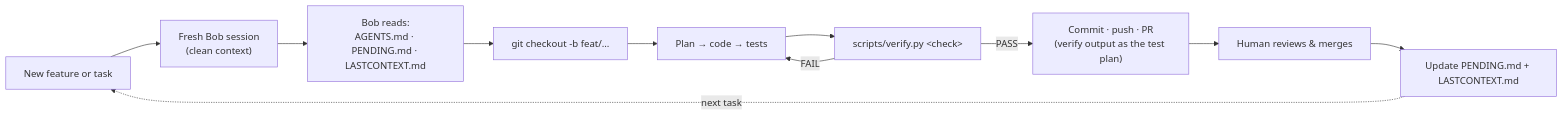
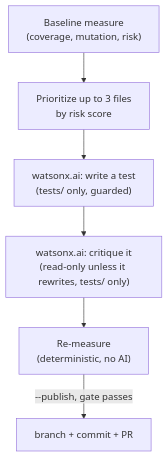
The second of 2 diagrams in README.md (agustindiazcano/ibm-bob-mcp-agent-guard), drawn with Mermaid before and after one commit. The commit also changed other lines of this file and 17 other files, not shown here.

````diff
--- a/README.md
+++ b/README.md
@@ -273,13 +94,9 @@
 ```mermaid
-flowchart LR
-    A["New feature or task"] --> B["Fresh Bob session<br/>(clean context)"]
-    B --> C["Bob reads:<br/>AGENTS.md · PENDING.md · LASTCONTEXT.md"]
-    C --> D["git checkout -b feat/…"]
-    D --> E["Plan → code → tests"]
-    E --> F["scripts/verify.py &lt;check&gt;"]
-    F -->|FAIL| E
-    F -->|PASS| G["Commit · push · PR<br/>(verify output as the test plan)"]
-    G --> H["Human reviews & merges"]
-    H --> I["Update PENDING.md + LASTCONTEXT.md"]
-    I -.->|next task| A
+flowchart TB
+    B["Baseline measure<br/>(coverage, mutation, risk)"]
+    B --> P["Prioritize up to 3 files<br/>by risk score"]
+    P --> W["watsonx.ai: write a test<br/>(tests/ only, guarded)"]
+    W --> C["watsonx.ai: critique it<br/>(read-only unless it rewrites, tests/ only)"]
+    C --> G["Re-measure<br/>(deterministic, no AI)"]
+    G -->|"--publish, gate passes"| PR["branch + commit + PR"]
 ```
````
